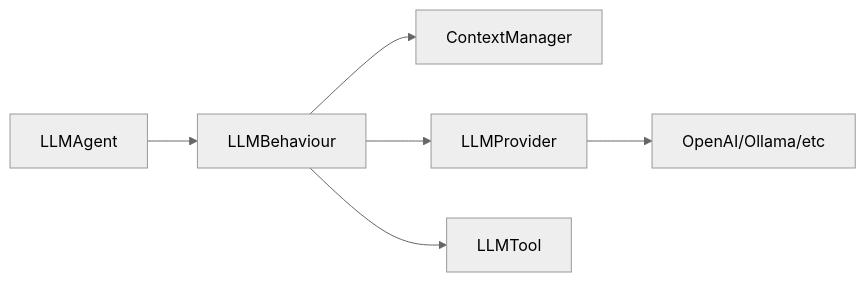
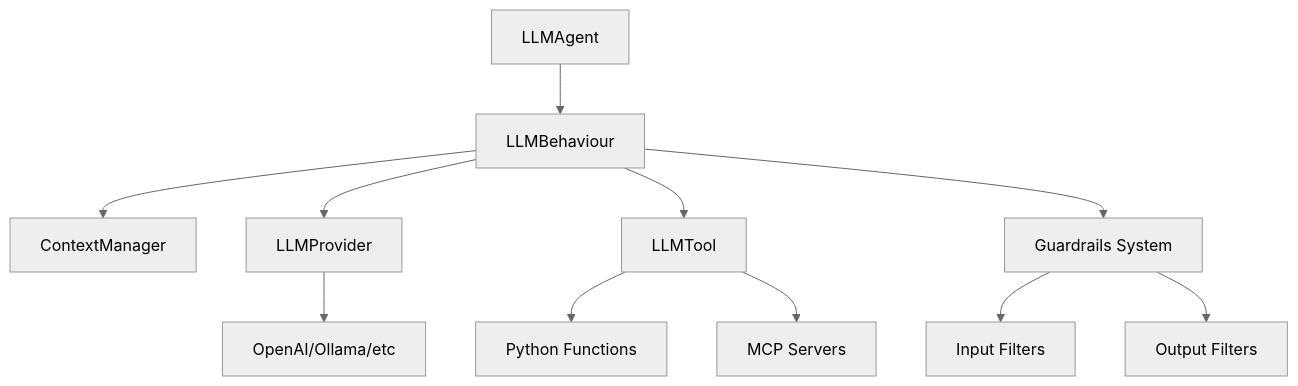
The diagram in docs/docs/index.md (sosanzma/spade_llm), drawn with Mermaid (neutral theme) before and after one commit. The commit also changed other lines of this file and 5 other files, not shown here.

````diff
--- a/docs/docs/index.md
+++ b/docs/docs/index.md
@@ -41,8 +42,14 @@
 ```mermaid
-graph LR
+graph TB
     A[LLMAgent] --> B[LLMBehaviour]
     B --> C[ContextManager]
     B --> D[LLMProvider]
     B --> E[LLMTool]
+    B --> I[Guardrails System]
+    
     D --> F[OpenAI/Ollama/etc]
+    E --> G[Python Functions]
+    E --> H[MCP Servers]
+    I --> J[Input Filters]
+    I --> K[Output Filters]
 ```
````
